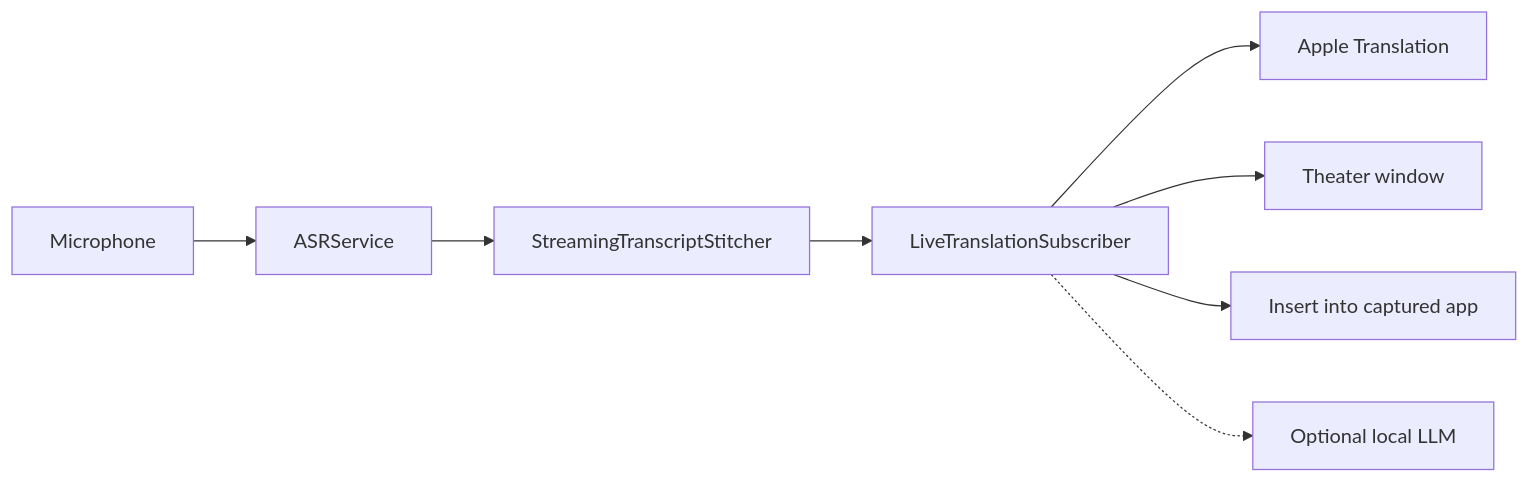
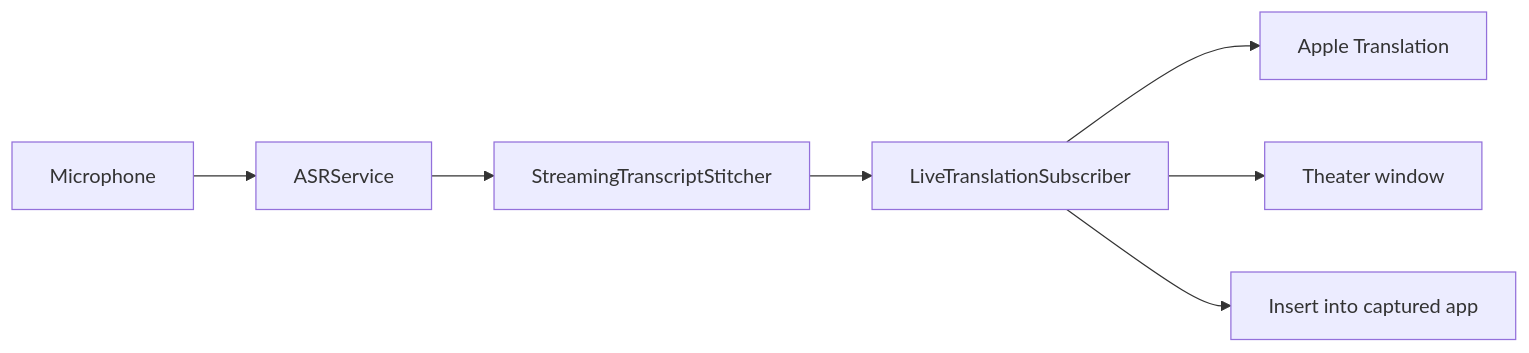
Before and after one commit to chrisswimlee/connectingCaptions: the diagram in docs/ARCHITECTURE.md, drawn with Mermaid. The commit also changed other lines of this file and 78 other files, not shown here.

````diff
--- a/docs/ARCHITECTURE.md
+++ b/docs/ARCHITECTURE.md
@@ -5,10 +5,9 @@
 ```mermaid
 flowchart LR
   mic[Microphone] --> asr[ASRService]
   asr --> stitcher[StreamingTranscriptStitcher]
   stitcher --> subscriber[LiveTranslationSubscriber]
   subscriber --> apple[Apple Translation]
   subscriber --> theater[Theater window]
   subscriber --> insert[Insert into captured app]
-  subscriber -.-> mlx[Optional local LLM]
 ```
````
